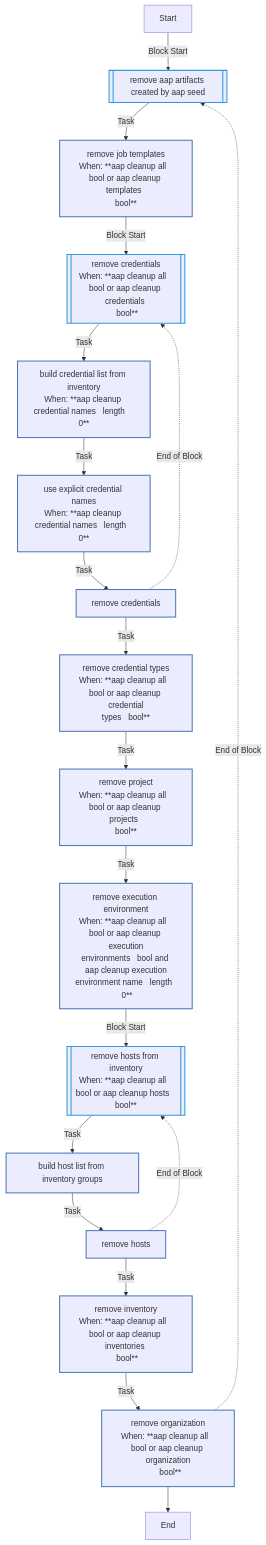
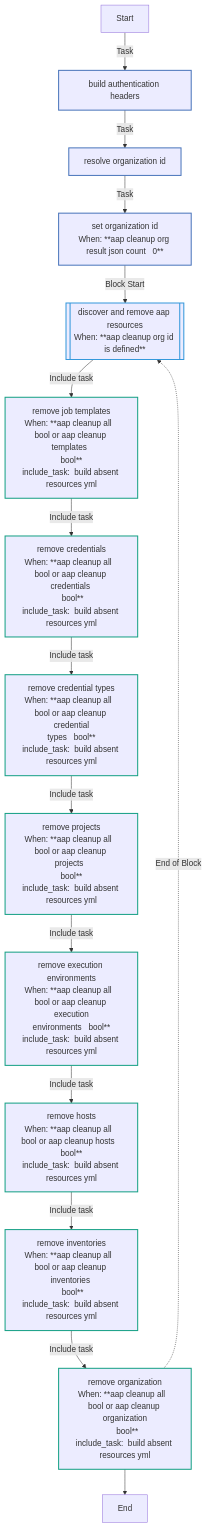
Before and after one commit to redhat-cop/openshift_virtualization_migration: the second of 2 diagrams in roles/aap_cleanup/README.md, drawn with Mermaid. The commit also changed other lines of this file and 4 other files, not shown here.

First line of the commit message:
refactor(aap_cleanup): rewrite using infra.aap_configuration CaC collection

````diff
--- a/roles/aap_cleanup/README.md
+++ b/roles/aap_cleanup/README.md
@@ -278,31 +255,27 @@
 ```mermaid
 flowchart TD
 Start
 classDef block stroke:#3498db,stroke-width:2px;
 classDef task stroke:#4b76bb,stroke-width:2px;
 classDef includeTasks stroke:#16a085,stroke-width:2px;
 classDef importTasks stroke:#34495e,stroke-width:2px;
 classDef includeRole stroke:#2980b9,stroke-width:2px;
 classDef importRole stroke:#699ba7,stroke-width:2px;
 classDef includeVars stroke:#8e44ad,stroke-width:2px;
 classDef rescue stroke:#665352,stroke-width:2px;
 
-  Start-->|Block Start| Remove_AAP_artifacts_created_by_aap_seed0_block_start_0[[remove aap artifacts created by aap seed]]:::block
-  Remove_AAP_artifacts_created_by_aap_seed0_block_start_0-->|Task| Remove_job_templates0[remove job templates<br>When: **aap cleanup all   bool or aap cleanup templates  <br>bool**]:::task
-  Remove_job_templates0-->|Block Start| Remove_credentials1_block_start_1[[remove credentials<br>When: **aap cleanup all   bool or aap cleanup credentials <br> bool**]]:::block
-  Remove_credentials1_block_start_1-->|Task| Build_credential_list_from_inventory0[build credential list from inventory<br>When: **aap cleanup credential names   length    0**]:::task
-  Build_credential_list_from_inventory0-->|Task| Use_explicit_credential_names1[use explicit credential names<br>When: **aap cleanup credential names   length   0**]:::task
-  Use_explicit_credential_names1-->|Task| Remove_credentials2[remove credentials]:::task
-  Remove_credentials2-.->|End of Block| Remove_credentials1_block_start_1
-  Remove_credentials2-->|Task| Remove_credential_types2[remove credential types<br>When: **aap cleanup all   bool or aap cleanup credential<br>types   bool**]:::task
-  Remove_credential_types2-->|Task| Remove_project3[remove project<br>When: **aap cleanup all   bool or aap cleanup projects  <br>bool**]:::task
-  Remove_project3-->|Task| Remove_execution_environment4[remove execution environment<br>When: **aap cleanup all   bool or aap cleanup execution<br>environments   bool and aap cleanup execution<br>environment name   length   0**]:::task
-  Remove_execution_environment4-->|Block Start| Remove_hosts_from_inventory5_block_start_1[[remove hosts from inventory<br>When: **aap cleanup all   bool or aap cleanup hosts   bool**]]:::block
-  Remove_hosts_from_inventory5_block_start_1-->|Task| Build_host_list_from_inventory_groups0[build host list from inventory groups]:::task
-  Build_host_list_from_inventory_groups0-->|Task| Remove_hosts1[remove hosts]:::task
-  Remove_hosts1-.->|End of Block| Remove_hosts_from_inventory5_block_start_1
-  Remove_hosts1-->|Task| Remove_inventory6[remove inventory<br>When: **aap cleanup all   bool or aap cleanup inventories <br> bool**]:::task
-  Remove_inventory6-->|Task| Remove_organization7[remove organization<br>When: **aap cleanup all   bool or aap cleanup organization<br>  bool**]:::task
-  Remove_organization7-.->|End of Block| Remove_AAP_artifacts_created_by_aap_seed0_block_start_0
-  Remove_organization7-->End
+  Start-->|Task| Build_authentication_headers0[build authentication headers]:::task
+  Build_authentication_headers0-->|Task| Resolve_organization_ID1[resolve organization id]:::task
+  Resolve_organization_ID1-->|Task| Set_organization_ID2[set organization id<br>When: **aap cleanup org result json count   0**]:::task
+  Set_organization_ID2-->|Block Start| Discover_and_remove_AAP_resources3_block_start_0[[discover and remove aap resources<br>When: **aap cleanup org id is defined**]]:::block
+  Discover_and_remove_AAP_resources3_block_start_0-->|Include task| Remove_job_templates__build_absent_resources_yml_0[remove job templates<br>When: **aap cleanup all   bool or aap cleanup templates  <br>bool**<br>include_task:  build absent resources yml]:::includeTasks
+  Remove_job_templates__build_absent_resources_yml_0-->|Include task| Remove_credentials__build_absent_resources_yml_1[remove credentials<br>When: **aap cleanup all   bool or aap cleanup credentials <br> bool**<br>include_task:  build absent resources yml]:::includeTasks
+  Remove_credentials__build_absent_resources_yml_1-->|Include task| Remove_credential_types__build_absent_resources_yml_2[remove credential types<br>When: **aap cleanup all   bool or aap cleanup credential<br>types   bool**<br>include_task:  build absent resources yml]:::includeTasks
+  Remove_credential_types__build_absent_resources_yml_2-->|Include task| Remove_projects__build_absent_resources_yml_3[remove projects<br>When: **aap cleanup all   bool or aap cleanup projects  <br>bool**<br>include_task:  build absent resources yml]:::includeTasks
+  Remove_projects__build_absent_resources_yml_3-->|Include task| Remove_execution_environments__build_absent_resources_yml_4[remove execution environments<br>When: **aap cleanup all   bool or aap cleanup execution<br>environments   bool**<br>include_task:  build absent resources yml]:::includeTasks
+  Remove_execution_environments__build_absent_resources_yml_4-->|Include task| Remove_hosts__build_absent_resources_yml_5[remove hosts<br>When: **aap cleanup all   bool or aap cleanup hosts   bool**<br>include_task:  build absent resources yml]:::includeTasks
+  Remove_hosts__build_absent_resources_yml_5-->|Include task| Remove_inventories__build_absent_resources_yml_6[remove inventories<br>When: **aap cleanup all   bool or aap cleanup inventories <br> bool**<br>include_task:  build absent resources yml]:::includeTasks
+  Remove_inventories__build_absent_resources_yml_6-->|Include task| Remove_organization__build_absent_resources_yml_7[remove organization<br>When: **aap cleanup all   bool or aap cleanup organization<br>  bool**<br>include_task:  build absent resources yml]:::includeTasks
+  Remove_organization__build_absent_resources_yml_7-.->|End of Block| Discover_and_remove_AAP_resources3_block_start_0
+  Remove_organization__build_absent_resources_yml_7-->End
 ```
````
